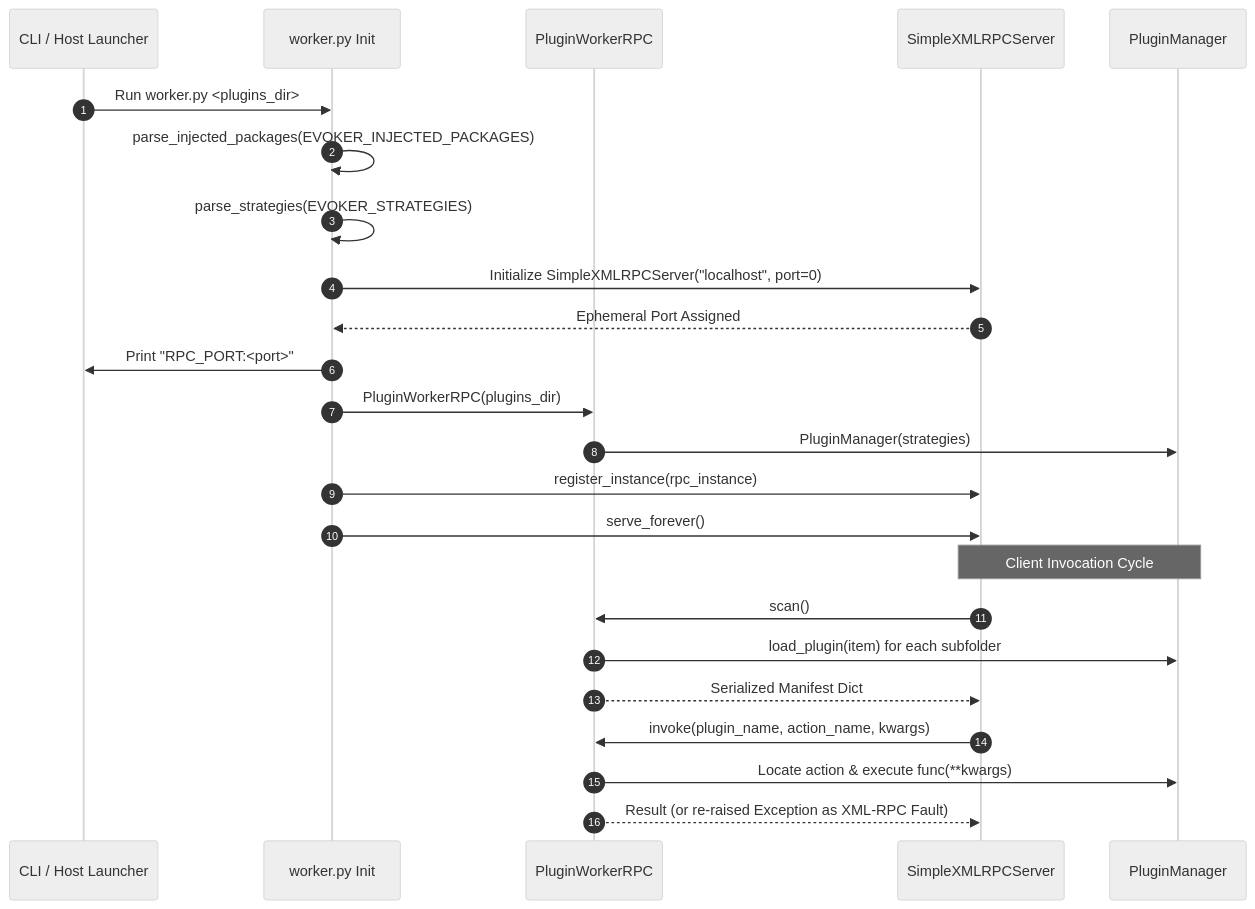
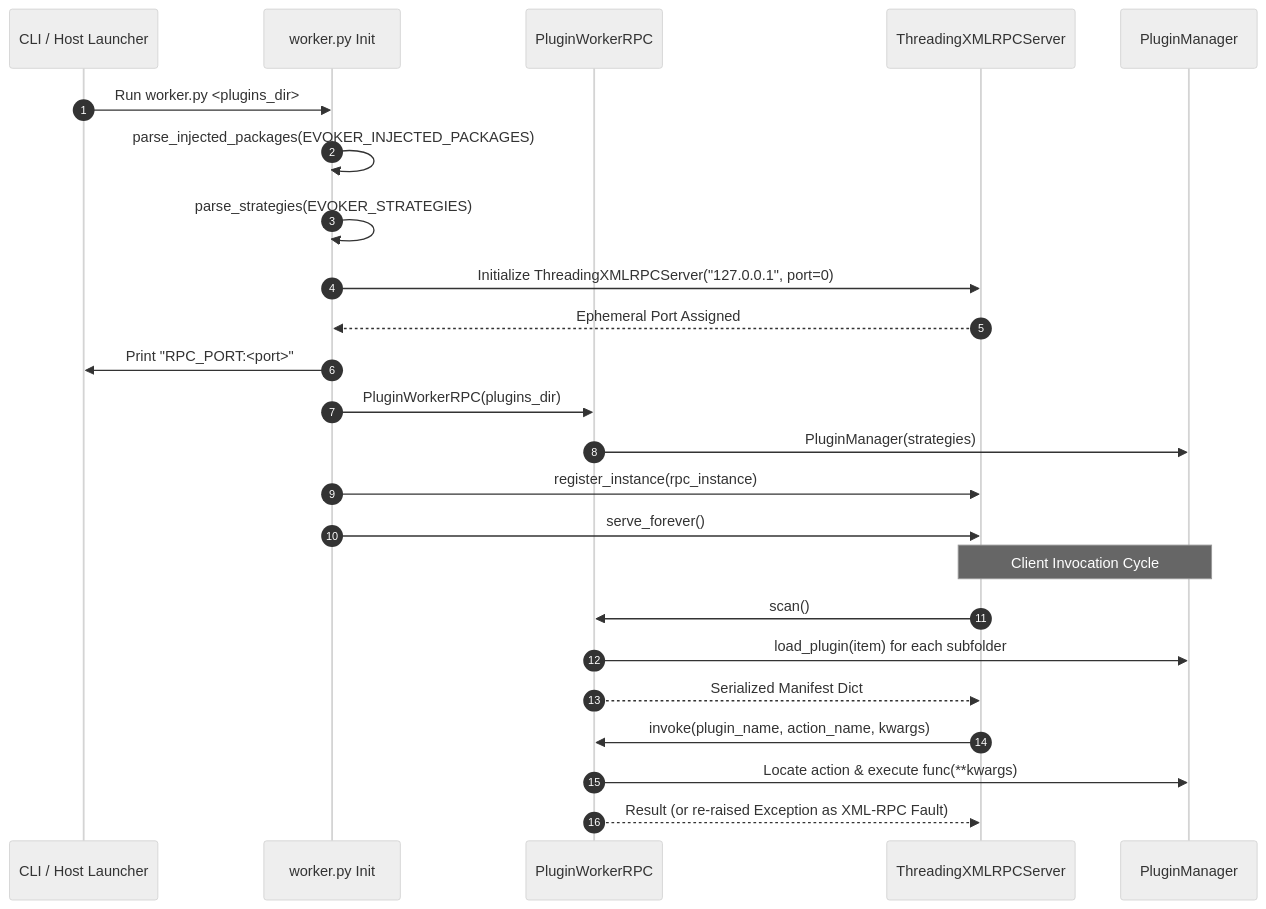
The diagram in doc/docs/api/worker.md (vxlk/evoker), drawn with Mermaid (neutral theme) before and after one commit. The commit also changed other lines of this file and 51 other files, not shown here.

````diff
--- a/doc/docs/api/worker.md
+++ b/doc/docs/api/worker.md
@@ -26,29 +26,29 @@
 ```mermaid
 sequenceDiagram
     autonumber
     participant CLI as CLI / Host Launcher
     participant Init as worker.py Init
     participant RPC as PluginWorkerRPC
-    participant Server as SimpleXMLRPCServer
+    participant Server as ThreadingXMLRPCServer
     participant Manager as PluginManager
 
     CLI->>Init: Run worker.py <plugins_dir>
     Init->>Init: parse_injected_packages(EVOKER_INJECTED_PACKAGES)
     Init->>Init: parse_strategies(EVOKER_STRATEGIES)
-    Init->>Server: Initialize SimpleXMLRPCServer("localhost", port=0)
+    Init->>Server: Initialize ThreadingXMLRPCServer("127.0.0.1", port=0)
     Server-->>Init: Ephemeral Port Assigned
     Init->>CLI: Print "RPC_PORT:<port>"
     Init->>RPC: PluginWorkerRPC(plugins_dir)
     RPC->>Manager: PluginManager(strategies)
     Init->>Server: register_instance(rpc_instance)
     Init->>Server: serve_forever()
 
     Note over Server,Manager: Client Invocation Cycle
     Server->>RPC: scan()
     RPC->>Manager: load_plugin(item) for each subfolder
     RPC-->>Server: Serialized Manifest Dict
 
     Server->>RPC: invoke(plugin_name, action_name, kwargs)
     RPC->>Manager: Locate action & execute func(**kwargs)
     RPC-->>Server: Result (or re-raised Exception as XML-RPC Fault)
 ```
````
